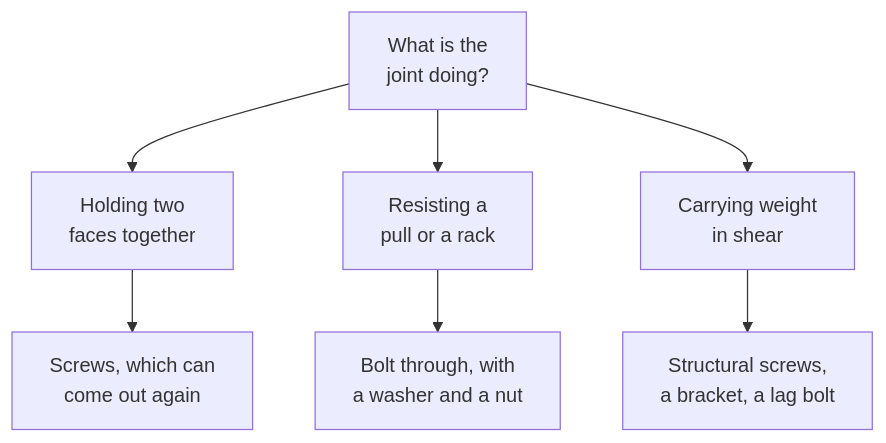
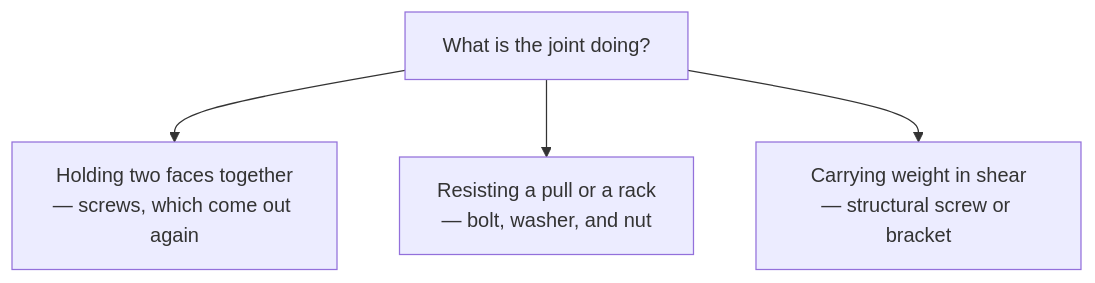
The diagram in support/example_content/THJ2O/shared/Techniques/Fasteners and Construction.md (russellgordon/containerized-quartz-for-teachers), drawn with Mermaid before and after one commit. The commit also changed other lines of this file and 32 other files, not shown here.

````diff
--- a/support/example_content/THJ2O/shared/Techniques/Fasteners and Construction.md
+++ b/support/example_content/THJ2O/shared/Techniques/Fasteners and Construction.md
@@ -32,9 +29,6 @@
 ```mermaid
 graph TD
-    A["What is the<br/>joint doing?"] --> B["Holding two<br/>faces together"]
-    A --> C["Resisting a<br/>pull or a rack"]
-    A --> D["Carrying weight<br/>in shear"]
-    B --> E["Screws, which can<br/>come out again"]
-    C --> F["Bolt through, with<br/>a washer and a nut"]
-    D --> G["Structural screws,<br/>a bracket, a lag bolt"]
+    A["What is the joint doing?"] --> B["Holding two faces together<br/>— screws, which come out again"]
+    A --> C["Resisting a pull or a rack<br/>— bolt, washer, and nut"]
+    A --> D["Carrying weight in shear<br/>— structural screw or bracket"]
 ```
````
